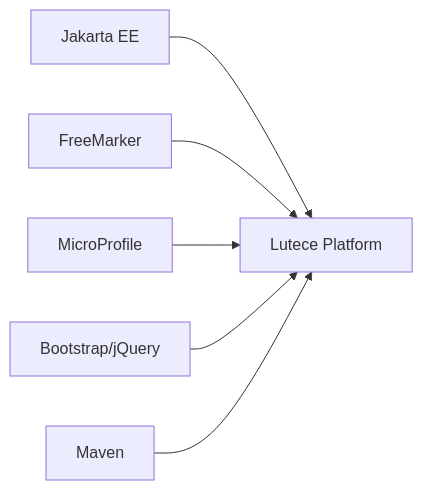
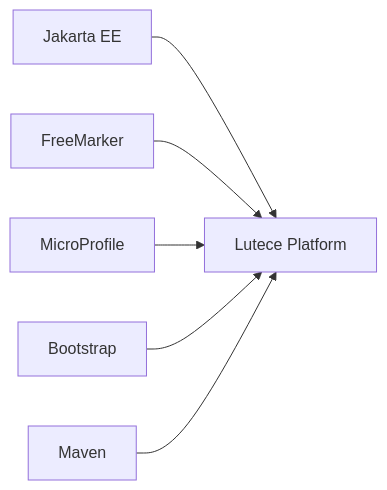
The first of 12 diagrams in README.md (lutece-platform/lutece-platform), drawn with Mermaid before and after one commit. The commit also changed other lines of this file, not shown here.

````diff
--- a/README.md
+++ b/README.md
@@ -27,8 +27,8 @@
 ```mermaid
 graph LR
     A[Jakarta EE] --> D[Lutece Platform]
     B[FreeMarker] --> D
     C[MicroProfile] --> D
-    E[Bootstrap/jQuery] --> D
+    E[Bootstrap] --> D
     F[Maven] --> D
 ```
````
